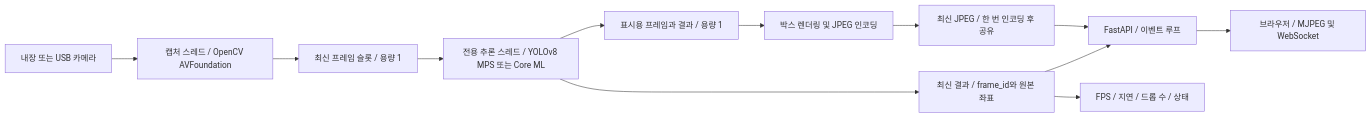
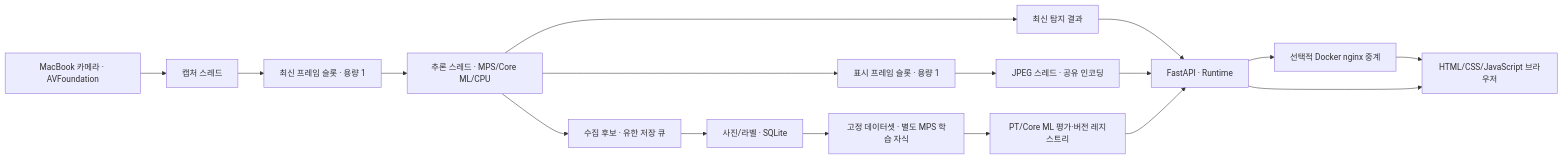
Before and after one commit to ryankim8815/yolov8: the diagram in docs/yolov8-m1-pro-realtime-detection-architecture.md, drawn with Mermaid. The commit also changed other lines of this file and 44 other files, not shown here.

````diff
--- a/docs/yolov8-m1-pro-realtime-detection-architecture.md
+++ b/docs/yolov8-m1-pro-realtime-detection-architecture.md
@@ -82,14 +7,19 @@
 ```mermaid
 flowchart LR
-    Camera["내장 또는 USB 카메라"] --> Capture["캡처 스레드 / OpenCV AVFoundation"]
-    Capture --> Input["최신 프레임 슬롯 / 용량 1"]
-    Input --> Infer["전용 추론 스레드 / YOLOv8 MPS 또는 Core ML"]
-    Infer --> Results["최신 결과 / frame_id와 원본 좌표"]
-    Infer --> PreviewInput["표시용 프레임과 결과 / 용량 1"]
-    PreviewInput --> Encoder["박스 렌더링 및 JPEG 인코딩"]
-    Encoder --> JPEG["최신 JPEG / 한 번 인코딩 후 공유"]
-    Results --> API["FastAPI / 이벤트 루프"]
-    JPEG --> API
-    API --> Browser["브라우저 / MJPEG 및 WebSocket"]
-    Results --> Metrics["FPS / 지연 / 드롭 수 / 상태"]
+    C[MacBook 카메라 · AVFoundation] --> F[캡처 스레드]
+    F --> I[최신 프레임 슬롯 · 용량 1]
+    I --> D[추론 스레드 · MPS/Core ML/CPU]
+    D --> R[최신 탐지 결과]
+    D --> P[표시 프레임 슬롯 · 용량 1]
+    P --> J[JPEG 스레드 · 공유 인코딩]
+    R --> A[FastAPI · Runtime]
+    J --> A
+    A --> N[선택적 Docker nginx 중계]
+    N --> B[HTML/CSS/JavaScript 브라우저]
+    A --> B
+    D --> W[수집 후보 · 유한 저장 큐]
+    W --> S[사진/라벨 · SQLite]
+    S --> T[고정 데이터셋 · 별도 MPS 학습 자식]
+    T --> M[PT/Core ML 평가·버전 레지스트리]
+    M --> A
 ```
````
